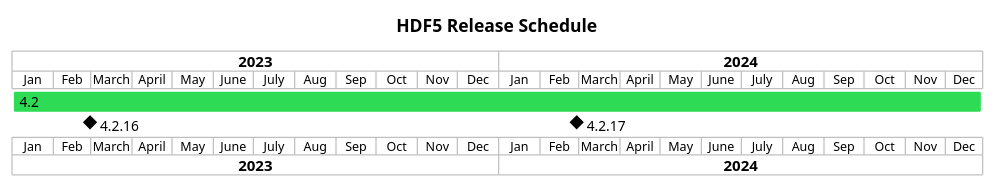
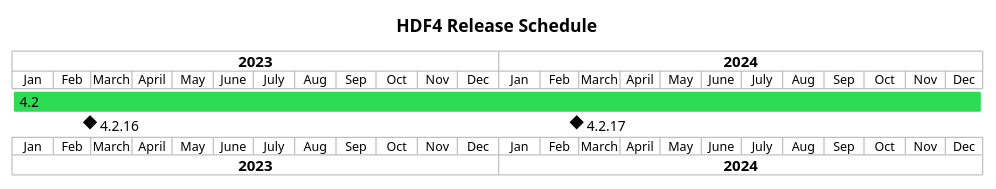
One commit to HDFGroup/hdf4 changed the diagram in doc/img/release-schedule.plantuml. Above: the diagram before and after it, drawn with PlantUML. The commit also changed 1 other file, not shown here.

Commit message:
Correct 'HDF5' in release schedule image (#222)

```diff
--- a/doc/img/release-schedule.plantuml
+++ b/doc/img/release-schedule.plantuml
@@ -1,14 +1,14 @@
 @startgantt
 
-title HDF5 Release Schedule
+title HDF4 Release Schedule
 
 projectscale monthly
 Project starts 2023-01-01
 
 [4.2] starts 2022-01-01 and lasts 104 weeks
 [4.2.16] happens 2023-02-28
 [4.2.17] happens 2024-02-28
 [4.2.17] displays on same row as [4.2.16]
 [4.2] is colored in #2EDB54
 
 @endgantt
```
